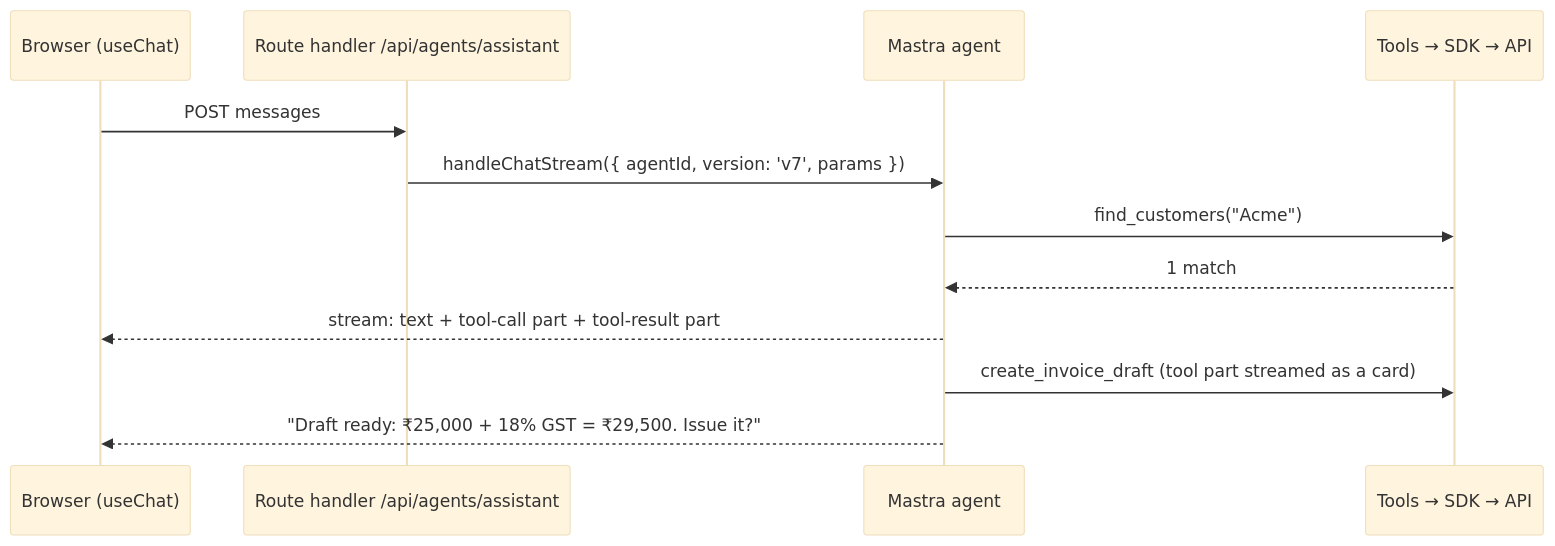
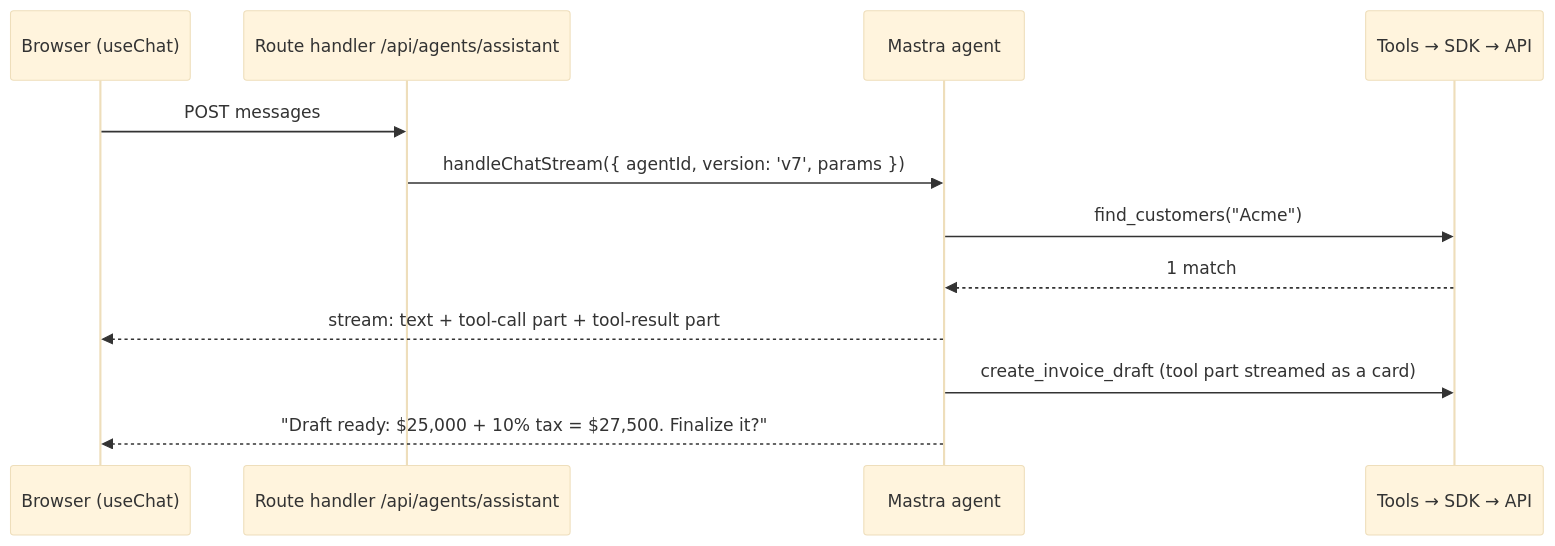
Before and after one commit to navdeepyadav19/invoice-ai: the third of 10 diagrams in docs/agents/01-agents-and-subagents.md, drawn with Mermaid (base theme). The commit also changed other lines of this file and 28 other files, not shown here.

````diff
--- a/docs/agents/01-agents-and-subagents.md
+++ b/docs/agents/01-agents-and-subagents.md
@@ -288,14 +288,14 @@
 ```mermaid
 sequenceDiagram
     participant UI as Browser (useChat)
     participant R as Route handler /api/agents/assistant
     participant M as Mastra agent
     participant T as Tools → SDK → API
     UI->>R: POST messages
     R->>M: handleChatStream({ agentId, version: 'v7', params })
     M->>T: find_customers("Acme")
     T-->>M: 1 match
     M-->>UI: stream: text + tool-call part + tool-result part
     M->>T: create_invoice_draft (tool part streamed as a card)
-    M-->>UI: "Draft ready: ₹25,000 + 18% GST = ₹29,500. Issue it?"
+    M-->>UI: "Draft ready: $25,000 + 10% tax = $27,500. Finalize it?"
 ```
````
